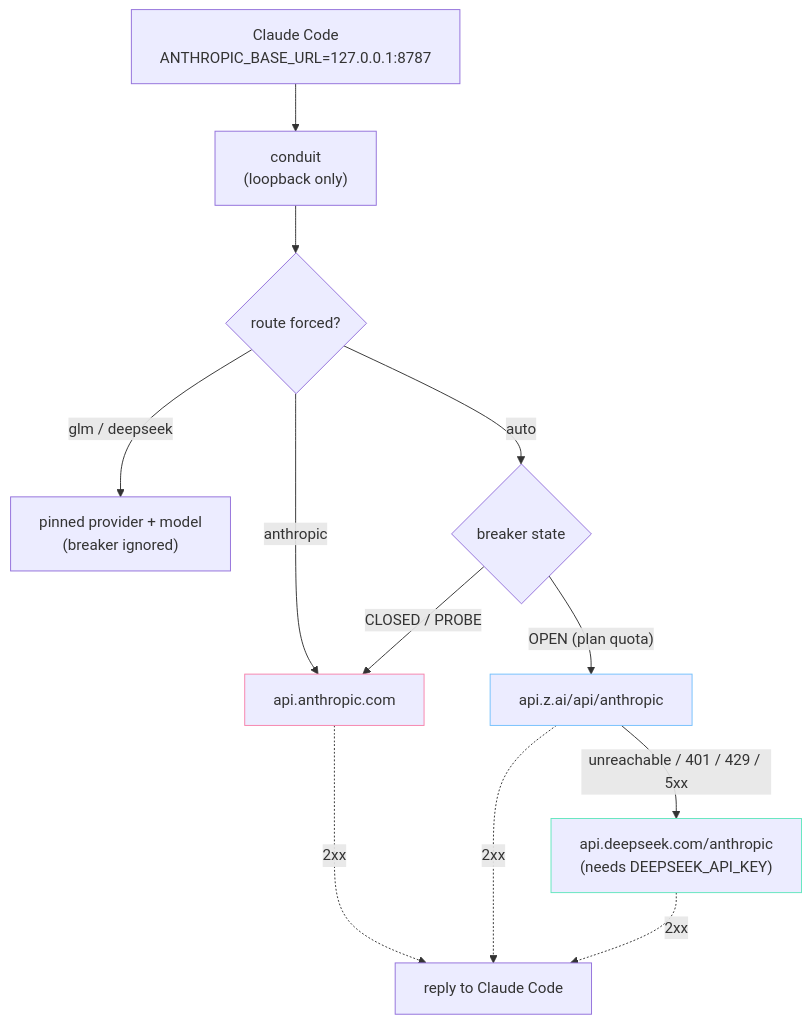
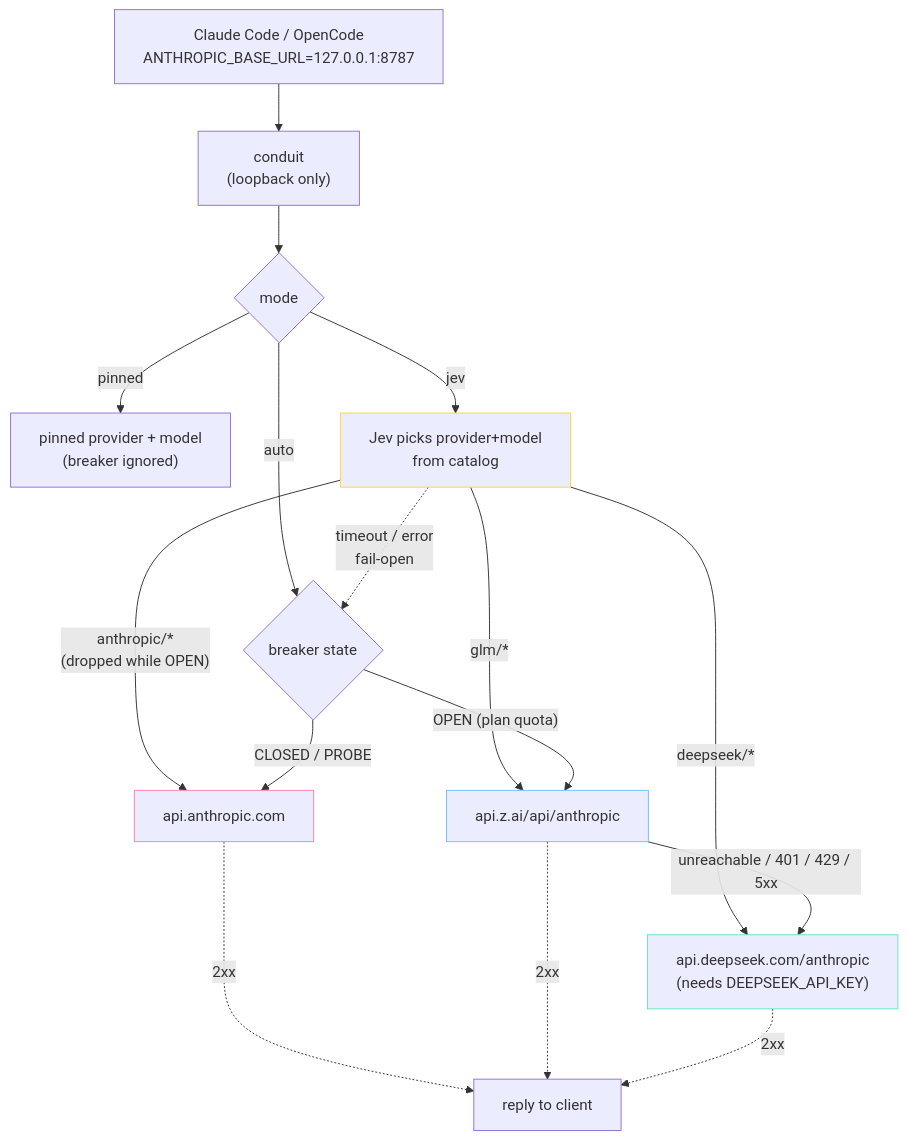
The first of 2 diagrams in README.md (pmagnomuller/conduit), drawn with Mermaid before and after one commit. The commit also changed other lines of this file and 21 other files, not shown here.

First line of the commit message:
Add Jev routing mode and redesign the control UI

````diff
--- a/README.md
+++ b/README.md
@@ -61,21 +142,27 @@
 ```mermaid
 flowchart TD
-    CC["Claude Code<br/>ANTHROPIC_BASE_URL=127.0.0.1:8787"] --> GW["conduit<br/>(loopback only)"]
+    CC["Claude Code / OpenCode<br/>ANTHROPIC_BASE_URL=127.0.0.1:8787"] --> GW["conduit<br/>(loopback only)"]
 
-    GW --> F{route forced?}
-    F -- "glm / deepseek" --> PIN["pinned provider + model<br/>(breaker ignored)"]
-    F -- anthropic --> AN
-    F -- "auto" --> B{breaker state}
+    GW --> M{mode}
+    M -- pinned --> PIN["pinned provider + model<br/>(breaker ignored)"]
+    M -- jev --> J["Jev picks provider+model<br/>from catalog"]
+    M -- auto --> B{breaker state}
+
+    J -- "anthropic/*<br/>(dropped while OPEN)" --> AN
+    J -- "glm/*" --> GLM
+    J -- "deepseek/*" --> DS
+    J -. "timeout / error<br/>fail-open" .-> B
 
     B -- "CLOSED / PROBE" --> AN["api.anthropic.com"]
     B -- "OPEN (plan quota)" --> GLM["api.z.ai/api/anthropic"]
     GLM -- "unreachable / 401 / 429 / 5xx" --> DS["api.deepseek.com/anthropic<br/>(needs DEEPSEEK_API_KEY)"]
 
-    AN -. "2xx" .-> OK["reply to Claude Code"]
+    AN -. "2xx" .-> OK["reply to client"]
     GLM -. "2xx" .-> OK
     DS -. "2xx" .-> OK
 
     style AN stroke:#f783ac
     style GLM stroke:#74c0fc
     style DS stroke:#63e6be
+    style J stroke:#ffd43b
 ```
````
